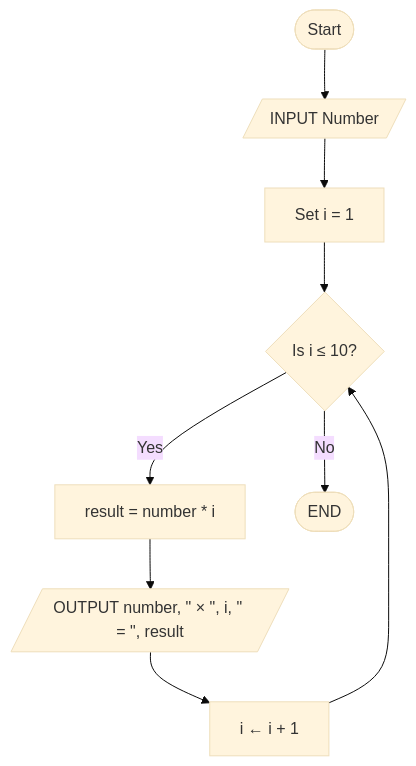
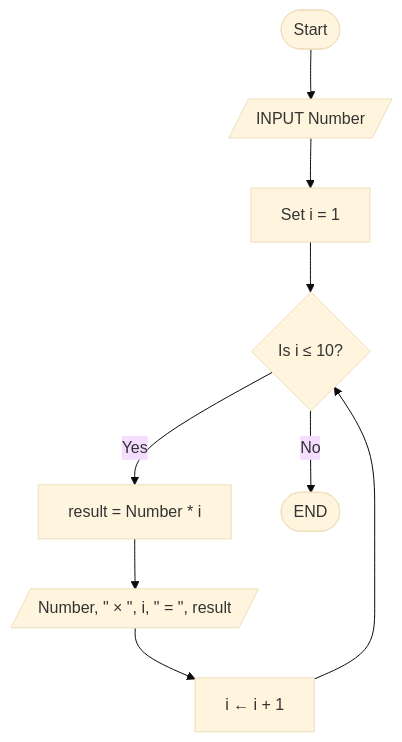
Before and after one commit to hopp91/Lexicon-Algorithm-Flowchart-Workshop: the second of 5 diagrams in 1. Workshop_Algorithm_and_Flowchart.md, drawn with Mermaid (base theme). The commit also changed other lines of this file, not shown here.

````diff
--- a/1. Workshop_Algorithm_and_Flowchart.md
+++ b/1. Workshop_Algorithm_and_Flowchart.md
@@ -73,12 +73,12 @@
 ```mermaid
 flowchart TD
     A([Start]) --> B[/INPUT Number/]
     B --> C[Set i = 1]
     C --> D{Is i ≤ 10?}
-    D -- Yes --> E[result = number * i]
-    E --> F[/OUTPUT number, " × ", i, " = ", result/]
+    D -- Yes --> E[result = Number * i]
+    E --> F[/Number, " × ", i, " = ", result/]
     F --> G[i ← i + 1]
     G --> D
     D -- No --> J([END])
 
 ```
````
